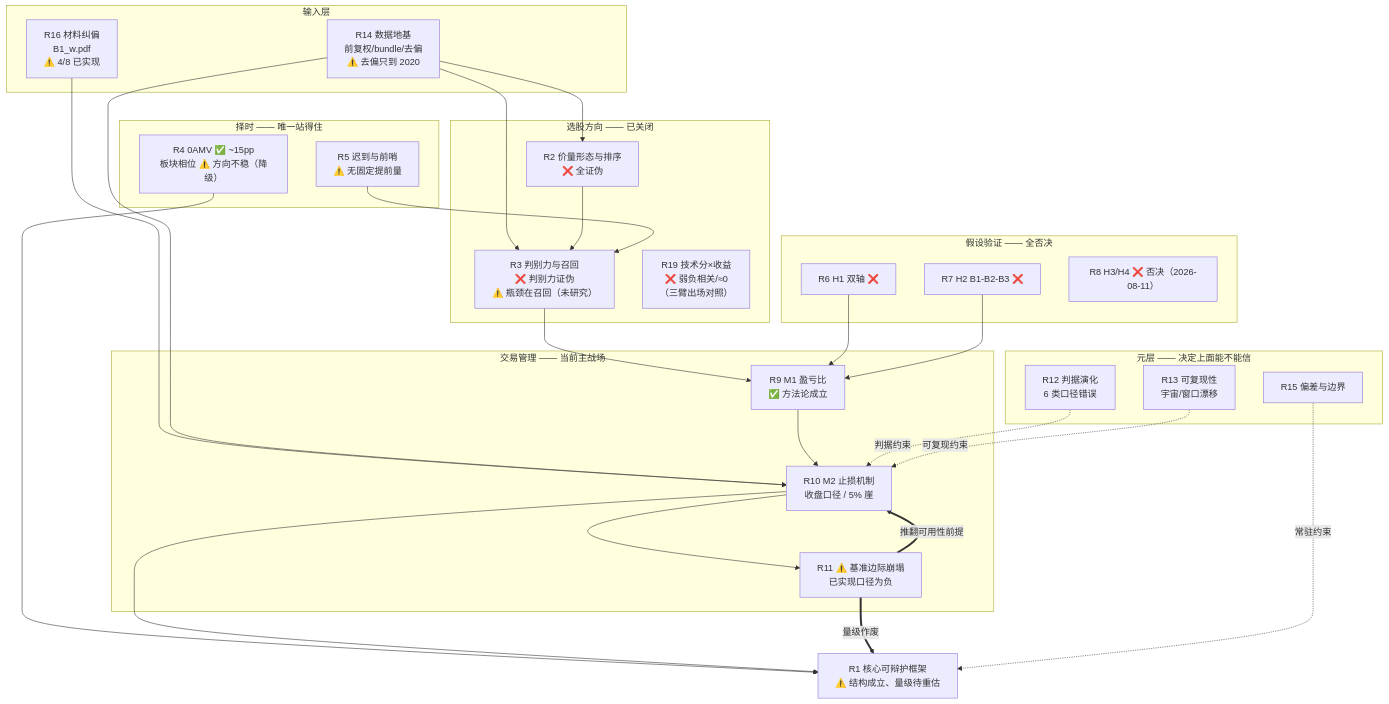
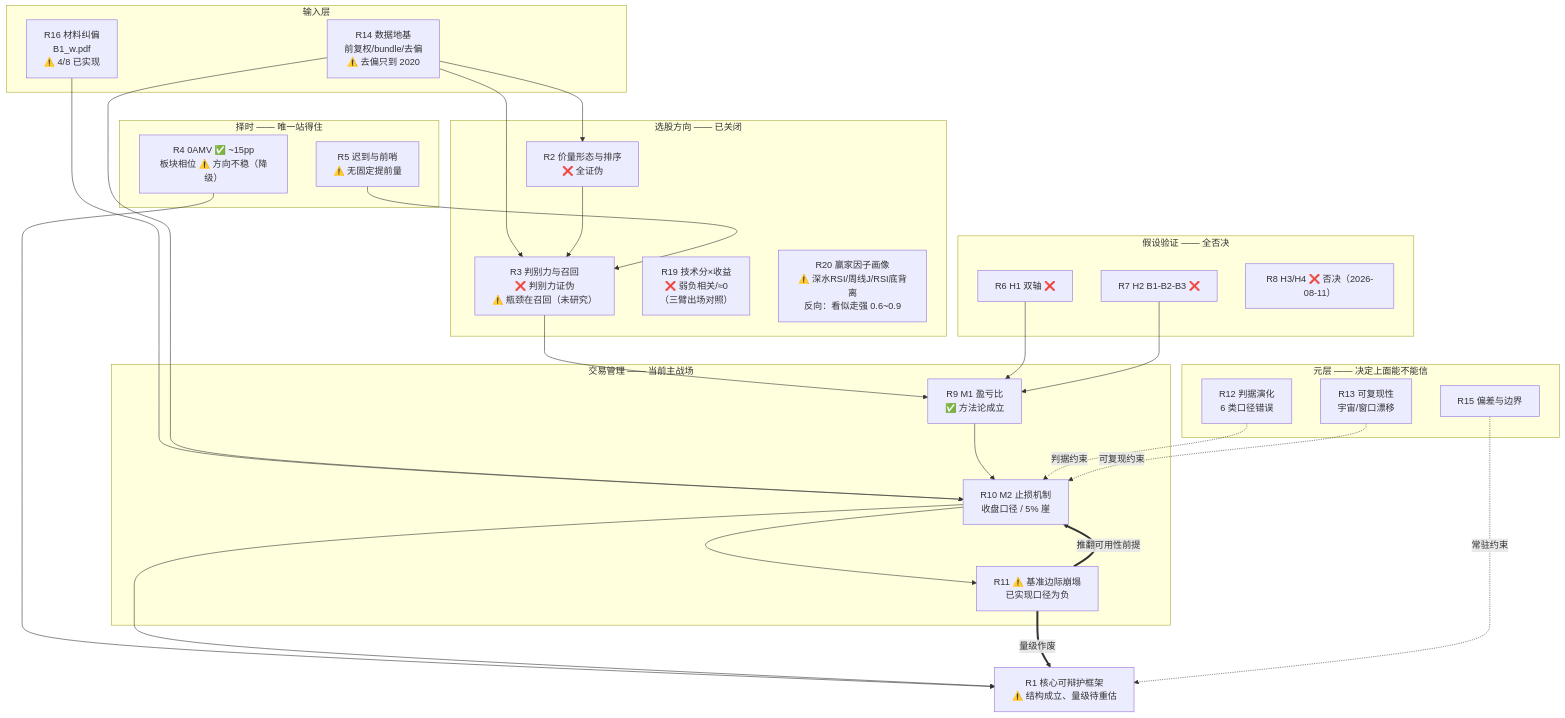
One commit to littleguohao/Custos changed the diagram in governance/research/README.md. Above: the diagram before and after it, drawn with Mermaid. The commit also changed other lines of this file and 7 other files, not shown here.

````diff
--- a/governance/research/README.md
+++ b/governance/research/README.md
@@ -13,49 +13,50 @@
 ```mermaid
 flowchart TB
     subgraph IN["输入层"]
         R16["R16 材料纠偏<br/>B1_w.pdf<br/>⚠️ 4/8 已实现"]
         R14["R14 数据地基<br/>前复权/bundle/去偏<br/>⚠️ 去偏只到 2020"]
     end
     subgraph SEL["选股方向 —— 已关闭"]
         R2["R2 价量形态与排序<br/>❌ 全证伪"]
         R3["R3 判别力与召回<br/>❌ 判别力证伪<br/>⚠️ 瓶颈在召回（未研究）"]
         R19["R19 技术分×收益<br/>❌ 弱负相关/≈0<br/>（三臂出场对照）"]
+        R20["R20 赢家因子画像<br/>⚠️ 深水RSI/周线J/RSI底背离<br/>反向：看似走强 0.6~0.9"]
     end
     subgraph TIM["择时 —— 唯一站得住"]
         R4["R4 0AMV ✅ ~15pp<br/>板块相位 ⚠️ 方向不稳（降级）"]
         R5["R5 迟到与前哨<br/>⚠️ 无固定提前量"]
     end
     subgraph HYP["假设验证 —— 全否决"]
         R6["R6 H1 双轴 ❌"]
         R7["R7 H2 B1-B2-B3 ❌"]
         R8["R8 H3/H4 ❌ 否决（2026-08-11）"]
     end
     subgraph TRD["交易管理 —— 当前主战场"]
         R9["R9 M1 盈亏比<br/>✅ 方法论成立"]
         R10["R10 M2 止损机制<br/>收盘口径 / 5% 崖"]
         R11["R11 ⚠️ 基准边际崩塌<br/>已实现口径为负"]
     end
     subgraph META["元层 —— 决定上面能不能信"]
         R12["R12 判据演化<br/>6 类口径错误"]
         R13["R13 可复现性<br/>宇宙/窗口漂移"]
         R15["R15 偏差与边界"]
     end
     R1["R1 核心可辩护框架<br/>⚠️ 结构成立、量级待重估"]
 
     R16 --> R10
     R14 --> R2 & R3 & R10
     R2 --> R3
     R3 --> R9
     R6 --> R9
     R7 --> R9
     R9 --> R10
     R10 --> R11
     R12 -.判据约束.-> R10
     R13 -.可复现约束.-> R10
     R11 ==>|推翻可用性前提| R10
     R4 --> R1
     R10 --> R1
     R5 --> R3
     R11 ==>|量级作废| R1
     R15 -.常驻约束.-> R1
 ```
````
